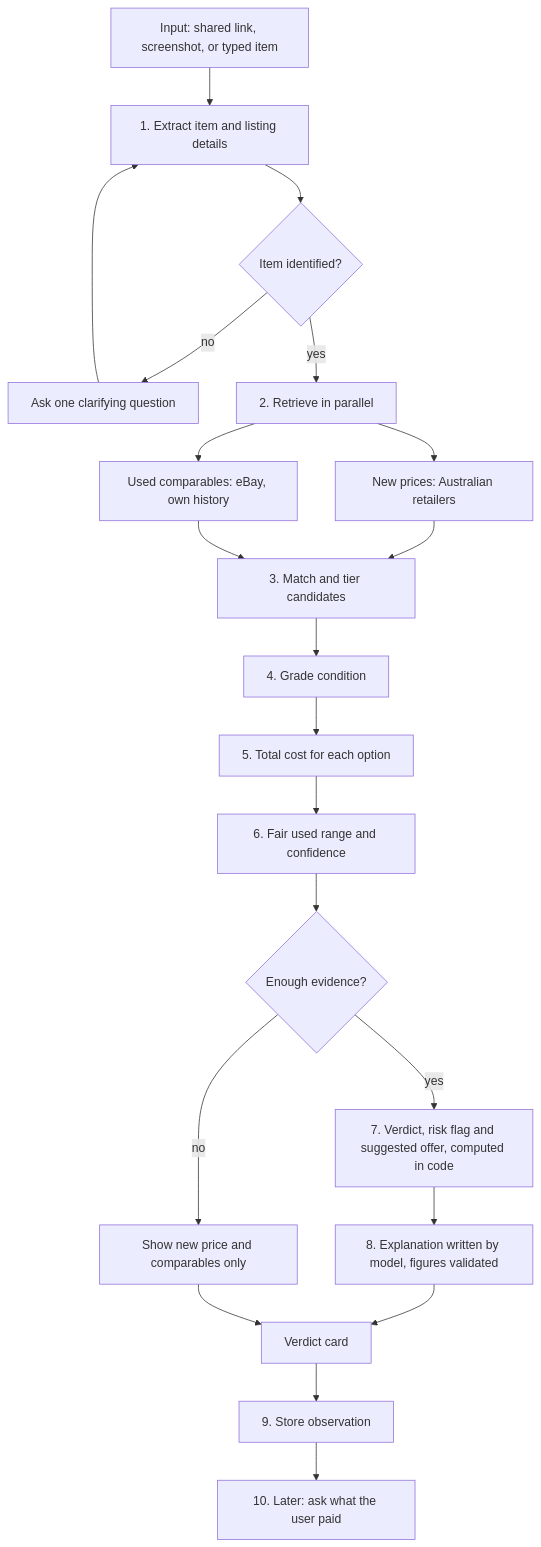
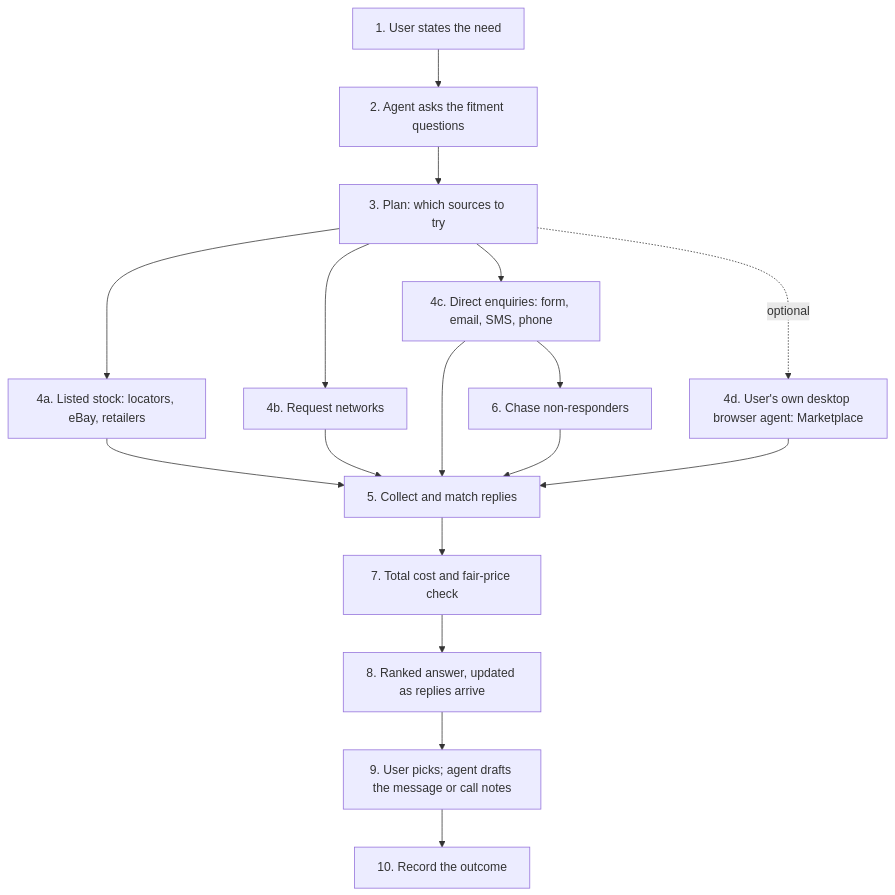
One commit to anfoboyz-tech/comparation-app changed the diagram in methodology/pipeline.md. Above: the diagram before and after it, drawn with Mermaid. The commit also changed other lines of this file and 6 other files, not shown here.

First line of the commit message:
Revise brief, research question, pipeline and methodology for the sourcing-agent direction

````diff
--- a/methodology/pipeline.md
+++ b/methodology/pipeline.md
@@ -5,23 +7,19 @@
 ```mermaid
 flowchart TD
-    A[Input: shared link, screenshot, or typed item] --> B[1. Extract item and listing details]
-    B --> C{Item identified?}
-    C -- no --> C1[Ask one clarifying question]
-    C1 --> B
-    C -- yes --> D[2. Retrieve in parallel]
-    D --> D1[New prices: Australian retailers]
-    D --> D2[Used comparables: eBay, own history]
-    D1 --> E[3. Match and tier candidates]
+    A[1. User states the need] --> B[2. Agent asks the fitment questions]
+    B --> C[3. Plan: which sources to try]
+    C --> D1[4a. Listed stock: locators, eBay, retailers]
+    C --> D2[4b. Request networks]
+    C --> D3[4c. Direct enquiries: form, email, SMS, phone]
+    C -.optional.-> D4[4d. User's own desktop browser agent: Marketplace]
+    D1 --> E[5. Collect and match replies]
     D2 --> E
-    E --> F[4. Grade condition]
-    F --> G[5. Total cost for each option]
-    G --> H[6. Fair used range and confidence]
-    H --> I{Enough evidence?}
-    I -- no --> I1[Show new price and comparables only]
-    I -- yes --> J[7. Verdict, risk flag and suggested offer, computed in code]
-    J --> K[8. Explanation written by model, figures validated]
-    K --> L[Verdict card]
-    I1 --> L
-    L --> M[9. Store observation]
-    M --> N[10. Later: ask what the user paid]
+    D3 --> E
+    D4 --> E
+    D3 --> F[6. Chase non-responders]
+    F --> E
+    E --> G[7. Total cost and fair-price check]
+    G --> H[8. Ranked answer, updated as replies arrive]
+    H --> I[9. User picks; agent drafts the message or call notes]
+    I --> J[10. Record the outcome]
 ```
````
